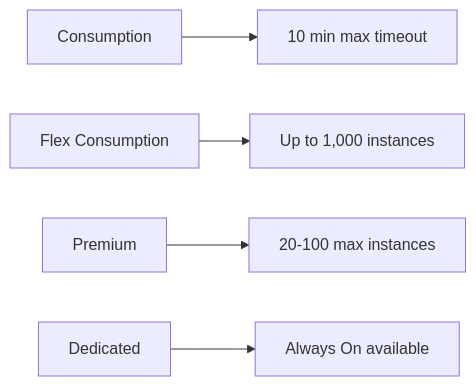
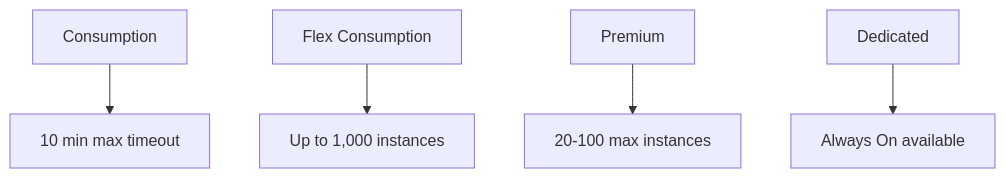
The diagram in docs/reference/platform-limits.md (yeongseon/azure-functions-practical-guide), drawn with Mermaid before and after one commit. The commit also changed 202 other files, not shown here.

First line of the commit message:
docs: convert LR diagrams to TD for readability and add orientation rule

````diff
--- a/docs/reference/platform-limits.md
+++ b/docs/reference/platform-limits.md
@@ -12,7 +12,7 @@
 ```mermaid
-flowchart LR
+flowchart TD
     C[Consumption] --> L[10 min max timeout]
     F[Flex Consumption] --> M[Up to 1,000 instances]
     P[Premium] --> N[20-100 max instances]
     D[Dedicated] --> O[Always On available]
 ```
````
